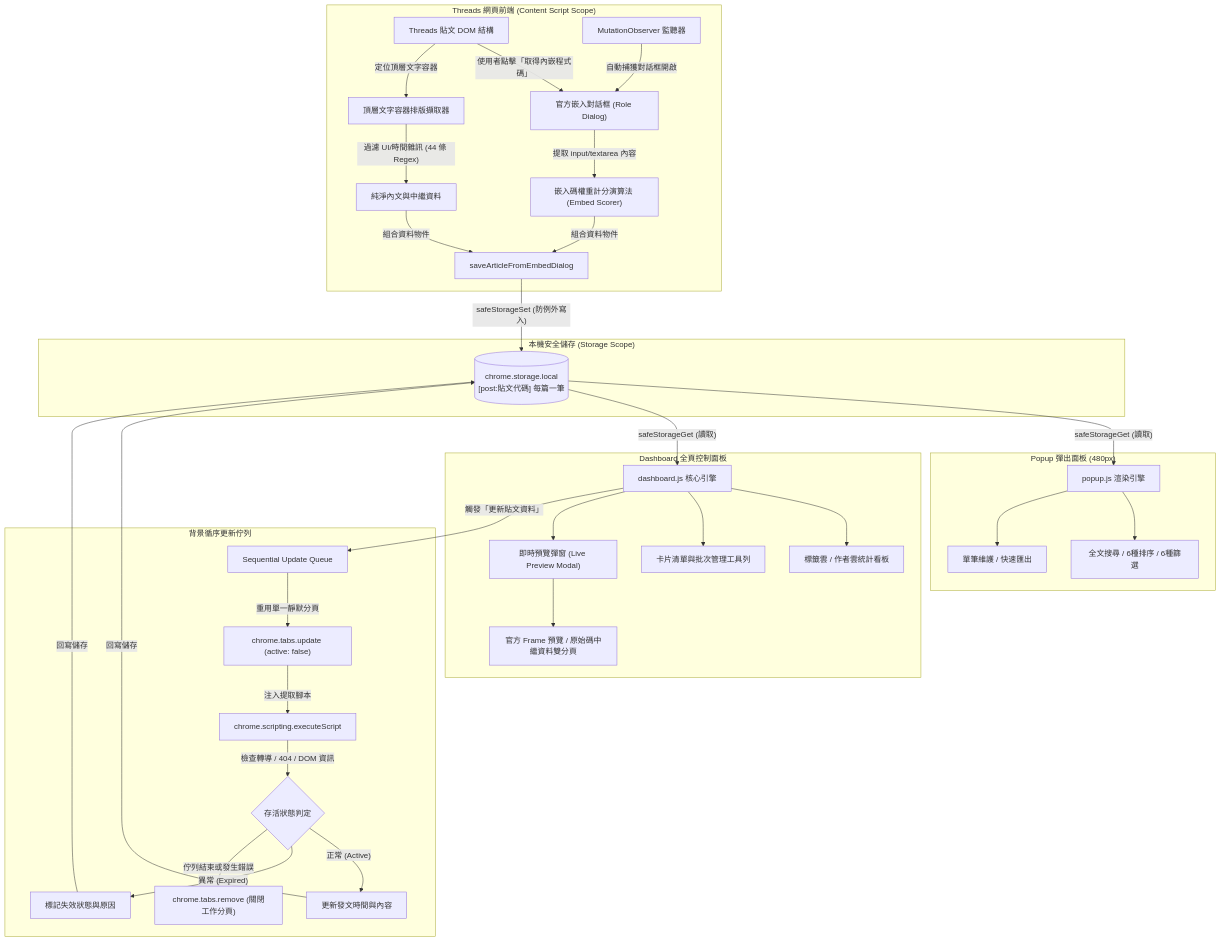
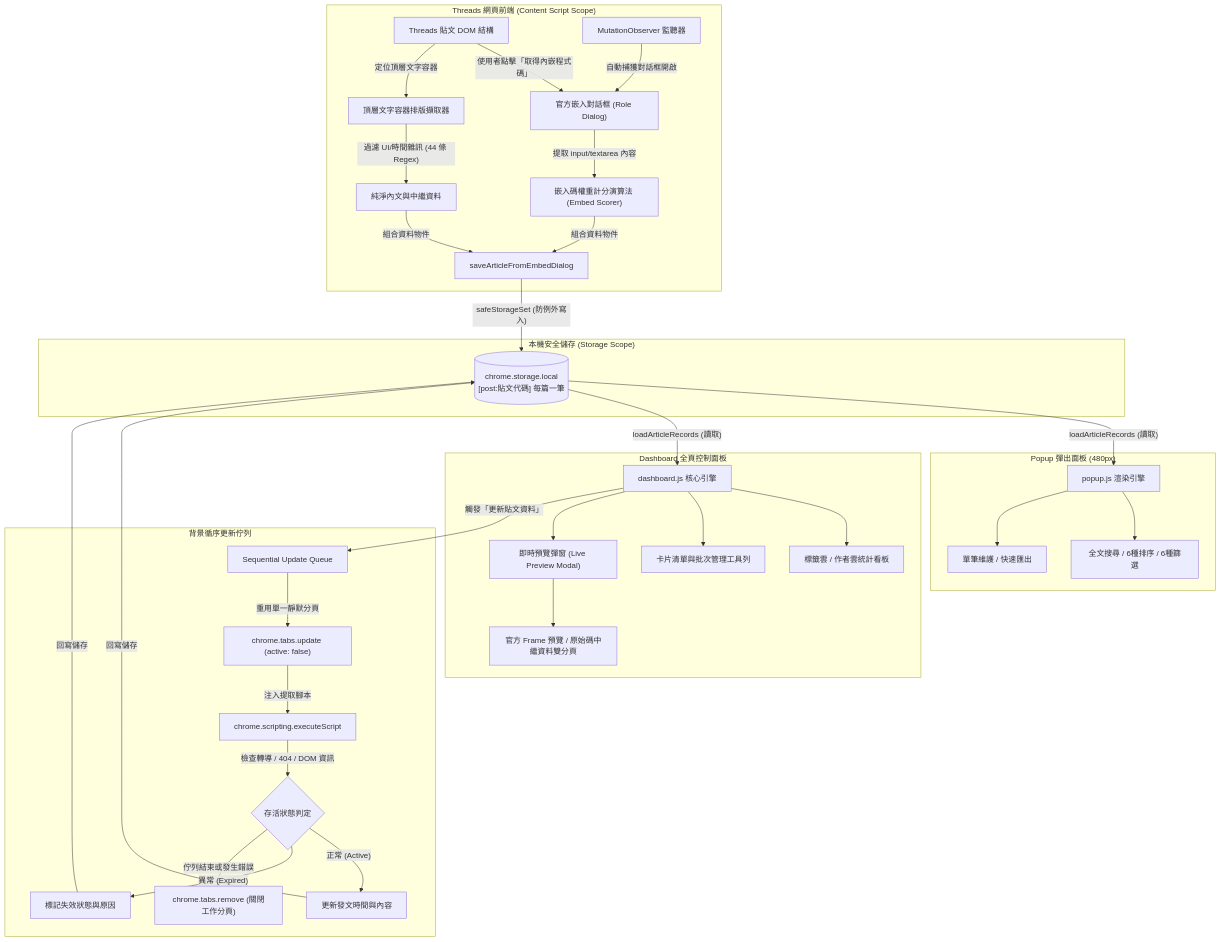
One commit to Scorpio-meow/Threadkeep changed the first of 3 diagrams in README.md. Above: the diagram before and after it, drawn with Mermaid. The commit also changed other lines of this file and 45 other files, not shown here.

````diff
--- a/README.md
+++ b/README.md
@@ -335,40 +343,40 @@
 ```mermaid
 flowchart TD
     subgraph ClientThreadsPage["Threads 網頁前端 (Content Script Scope)"]
         A["Threads 貼文 DOM 結構"] -->|"使用者點擊「取得內嵌程式碼」"| B["官方嵌入對話框 (Role Dialog)"]
         C["MutationObserver 監聽器"] -->|"自動捕獲對話框開啟"| B
         B -->|"提取 input/textarea 內容"| D["嵌入碼權重計分演算法 (Embed Scorer)"]
         A -->|"定位頂層文字容器"| E["頂層文字容器排版擷取器"]
         E -->|"過濾 UI/時間雜訊 (44 條 Regex)"| F["純淨內文與中繼資料"]
         D & F -->|"組合資料物件"| G["saveArticleFromEmbedDialog"]
     end
 
     subgraph LocalDatabase["本機安全儲存 (Storage Scope)"]
         G -->|"safeStorageSet (防例外寫入)"| H[("chrome.storage.local\n[post:貼文代碼] 每篇一筆")]
     end
 
     subgraph PopupView["Popup 彈出面板 (480px)"]
-        H -->|"safeStorageGet (讀取)"| I["popup.js 渲染引擎"]
+        H -->|"loadArticleRecords (讀取)"| I["popup.js 渲染引擎"]
         I --> J["全文搜尋 / 6種排序 / 6種篩選"]
         I --> K["單筆維護 / 快速匯出"]
     end
 
     subgraph DashboardView["Dashboard 全頁控制面板"]
-        H -->|"safeStorageGet (讀取)"| L["dashboard.js 核心引擎"]
+        H -->|"loadArticleRecords (讀取)"| L["dashboard.js 核心引擎"]
         L --> M["標籤雲 / 作者雲統計看板"]
         L --> N["卡片清單與批次管理工具列"]
         L --> O["即時預覽彈窗 (Live Preview Modal)"]
         O --> P["官方 Frame 預覽 / 原始碼中繼資料雙分頁"]
     end
 
     subgraph BackgroundQueue["背景循序更新佇列"]
         L -->|"觸發「更新貼文資料」"| Q["Sequential Update Queue"]
         Q -->|"重用單一靜默分頁"| R["chrome.tabs.update (active: false)"]
         R -->|"注入提取腳本"| S["chrome.scripting.executeScript"]
         S -->|"檢查轉導 / 404 / DOM 資訊"| T{"存活狀態判定"}
         T -->|"正常 (Active)"| U["更新發文時間與內容"]
         T -->|"異常 (Expired)"| V["標記失效狀態與原因"]
         U & V -->|"回寫儲存"| H
         T -->|"佇列結束或發生錯誤"| W["chrome.tabs.remove (關閉工作分頁)"]
     end
 ```
````
